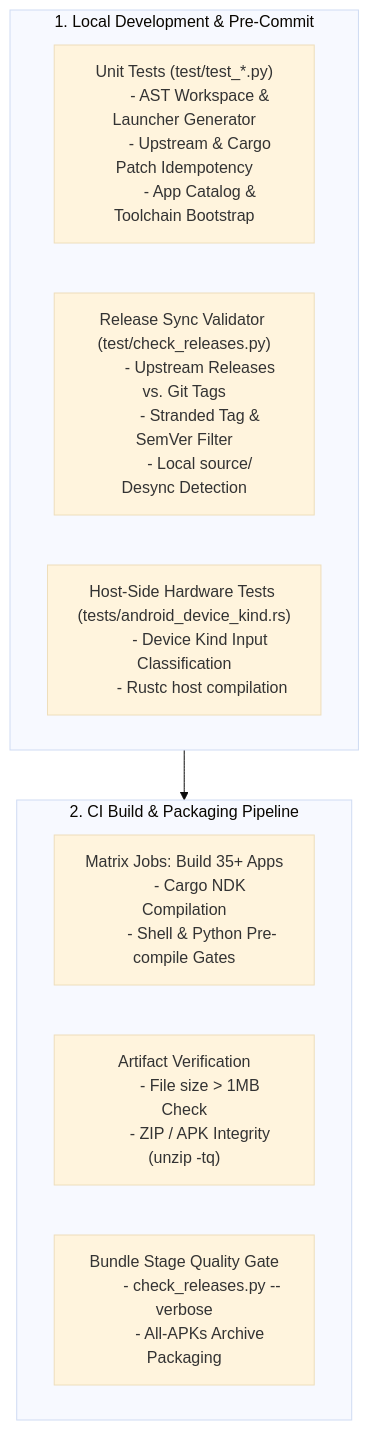
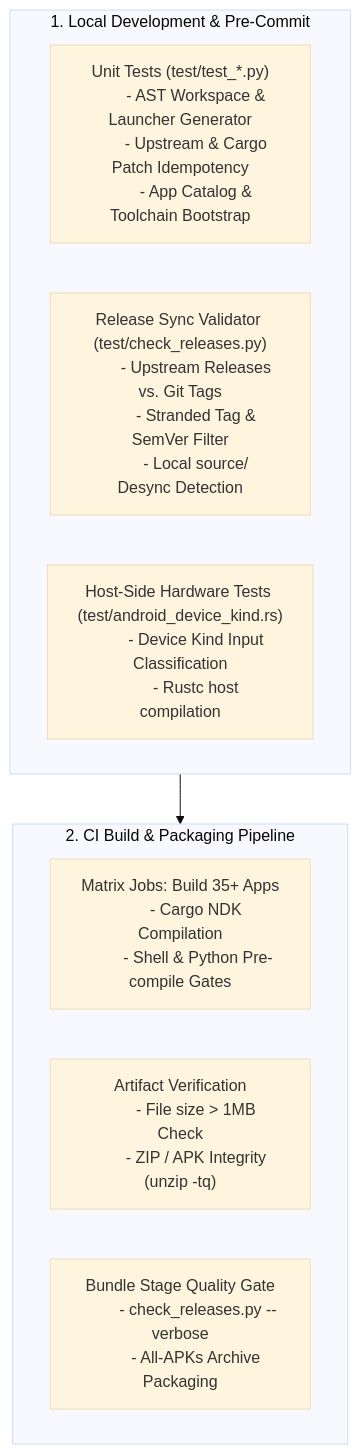
One commit to MostafaXS1/artcraft-android changed the diagram in docs/tooling-and-testing.md. Above: the diagram before and after it, drawn with Mermaid (base theme). The commit also changed other lines of this file and 4 other files, not shown here.

Commit message:
refactor(test): consolidate tests directory into test/ and remove redundant symlink [skip ci]

````diff
--- a/docs/tooling-and-testing.md
+++ b/docs/tooling-and-testing.md
@@ -11,30 +11,30 @@
 ```mermaid
 flowchart TD
     subgraph HostDev ["1. Local Development & Pre-Commit"]
         UnitTests["Unit Tests (test/test_*.py)
         - AST Workspace & Launcher Generator
         - Upstream & Cargo Patch Idempotency
         - App Catalog & Toolchain Bootstrap"]
         ReleaseCheck["Release Sync Validator (test/check_releases.py)
         - Upstream Releases vs. Git Tags
         - Stranded Tag & SemVer Filter
         - Local source/ Desync Detection"]
-        HostRust["Host-Side Hardware Tests (tests/android_device_kind.rs)
+        HostRust["Host-Side Hardware Tests (test/android_device_kind.rs)
         - Device Kind Input Classification
         - Rustc host compilation"]
     end
 
     subgraph CIPipeline ["2. CI Build & Packaging Pipeline"]
         MatrixBuild["Matrix Jobs: Build 35+ Apps
         - Cargo NDK Compilation
         - Shell & Python Pre-compile Gates"]
         APKVerify["Artifact Verification
         - File size &gt; 1MB Check
         - ZIP / APK Integrity (unzip -tq)"]
         BundleCheck["Bundle Stage Quality Gate
         - check_releases.py --verbose
         - All-APKs Archive Packaging"]
     end
 
     HostDev --> CIPipeline
 ```
````
